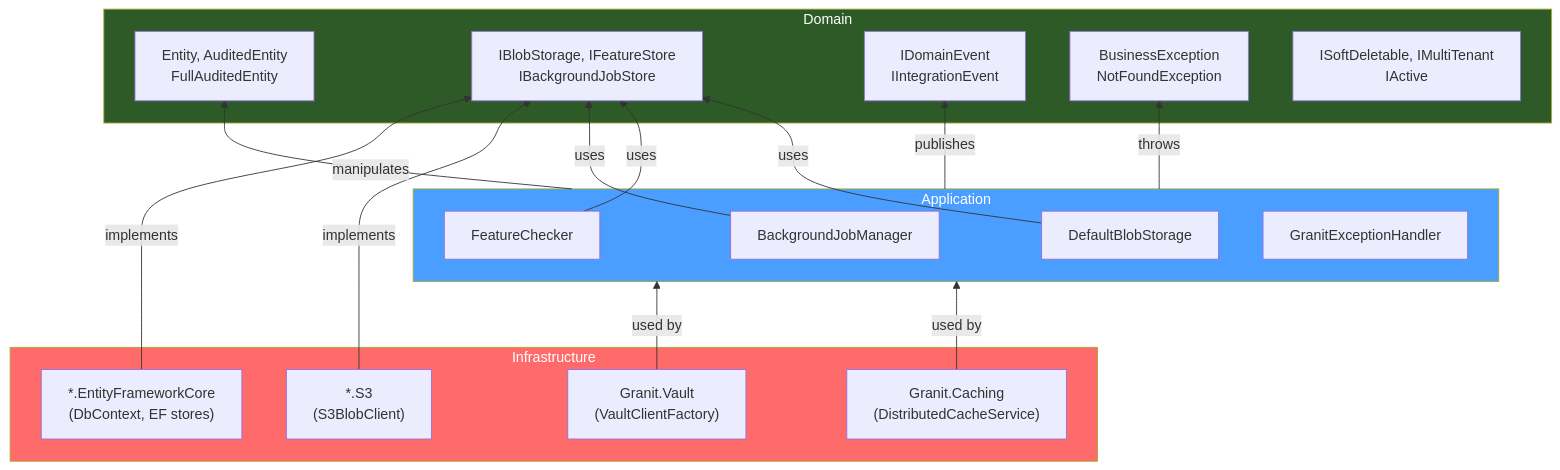
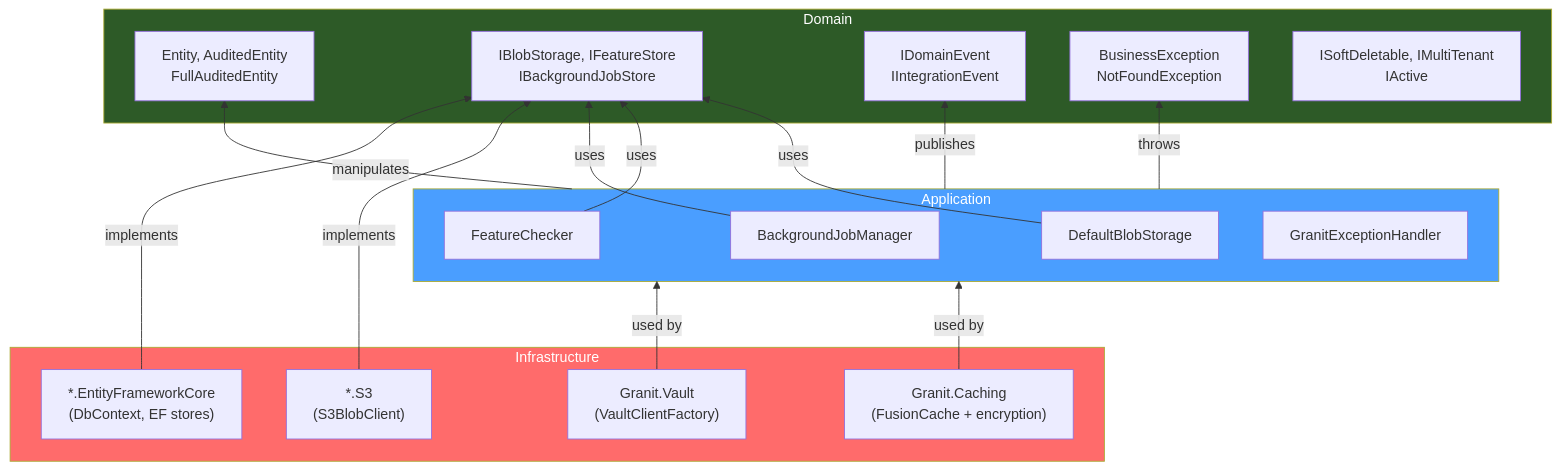
The diagram in docs-site/src/content/docs/dotnet/architecture/patterns/layered-architecture.md (granit-fx/granit-dotnet), drawn with Mermaid before and after one commit. The commit also changed 219 other files, not shown here.

First line of the commit message:
docs: update all documentation for FusionCache migration

````diff
--- a/docs-site/src/content/docs/dotnet/architecture/patterns/layered-architecture.md
+++ b/docs-site/src/content/docs/dotnet/architecture/patterns/layered-architecture.md
@@ -21,41 +21,41 @@
 ```mermaid
 flowchart BT
     subgraph Infrastructure
         EF["*.EntityFrameworkCore<br/>(DbContext, EF stores)"]
         S3["*.S3<br/>(S3BlobClient)"]
         VAULT["Granit.Vault<br/>(VaultClientFactory)"]
-        CACHE["Granit.Caching<br/>(DistributedCacheService)"]
+        CACHE["Granit.Caching<br/>(FusionCache + encryption)"]
     end
 
     subgraph Application
         BM["BackgroundJobManager"]
         FC["FeatureChecker"]
         BS["DefaultBlobStorage"]
         EH["GranitExceptionHandler"]
     end
 
     subgraph Domain
         ENT["Entity, AuditedEntity<br/>FullAuditedEntity"]
         INT["IBlobStorage, IFeatureStore<br/>IBackgroundJobStore"]
         EVT["IDomainEvent<br/>IIntegrationEvent"]
         EXC["BusinessException<br/>NotFoundException"]
         MRK["ISoftDeletable, IMultiTenant<br/>IActive"]
     end
 
     EF -->|implements| INT
     S3 -->|implements| INT
     VAULT -->|used by| Application
     CACHE -->|used by| Application
 
     BM -->|uses| INT
     FC -->|uses| INT
     BS -->|uses| INT
 
     Application -->|manipulates| ENT
     Application -->|publishes| EVT
     Application -->|throws| EXC
 
     style Domain fill:#2d5a27,color:#fff
     style Application fill:#4a9eff,color:#fff
     style Infrastructure fill:#ff6b6b,color:#fff
 ```
````
